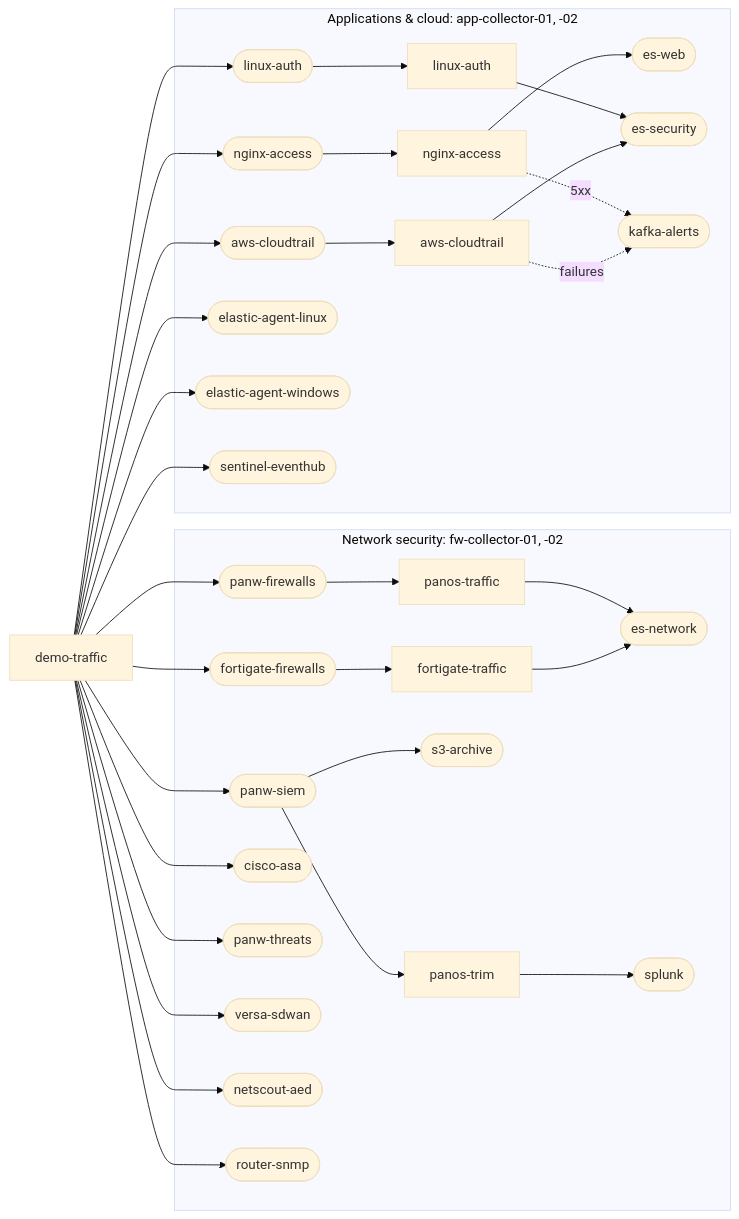
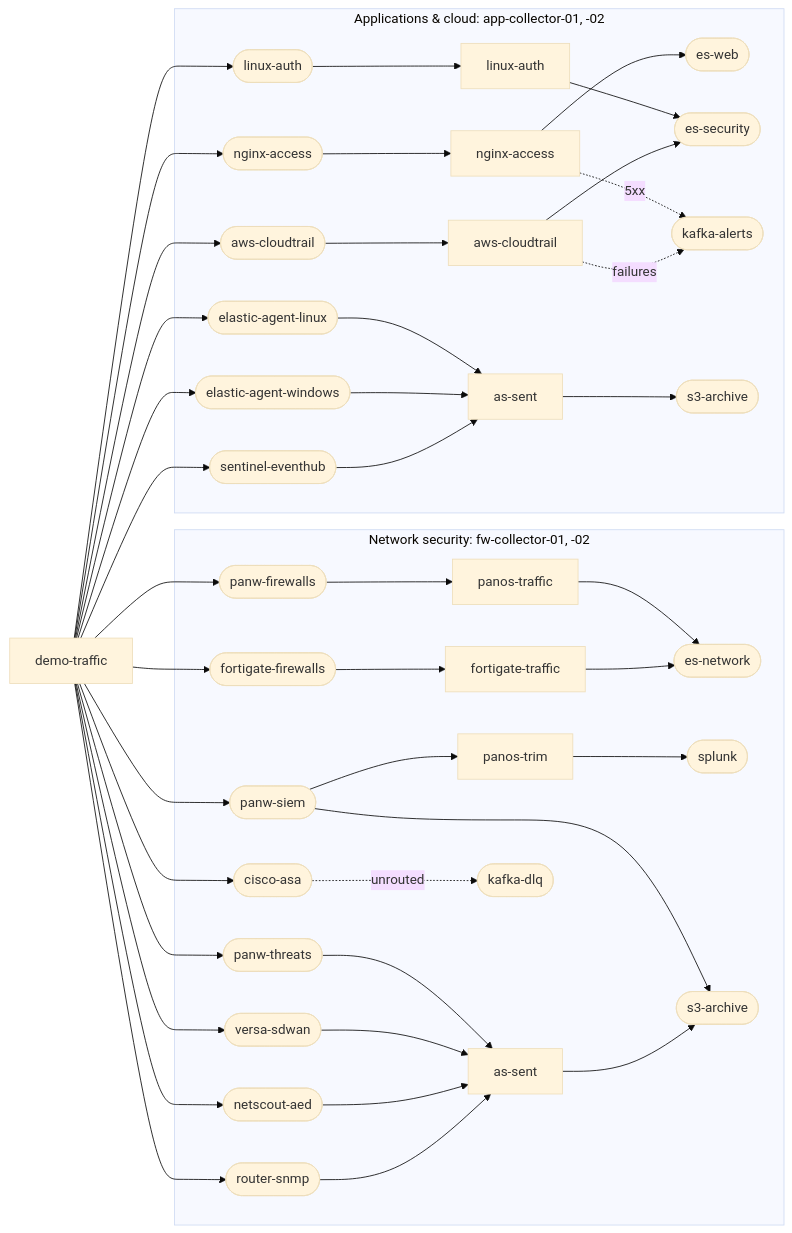
The diagram in tools/screenshots/README.md (smeltr-sh/smeltr), drawn with Mermaid (base theme) before and after one commit. The commit also changed other lines of this file and 190 other files, not shown here.

````diff
--- a/tools/screenshots/README.md
+++ b/tools/screenshots/README.md
@@ -18,21 +18,22 @@
 ```mermaid
 graph LR
   gen[demo-traffic] --> pa([panw-firewalls]) & ps([panw-siem]) & fg([fortigate-firewalls]) & ng([nginx-access]) & au([linux-auth]) & ct([aws-cloudtrail])
   gen --> asa([cisco-asa]) & pt([panw-threats]) & vs([versa-sdwan]) & aed([netscout-aed]) & snmp([router-snmp])
   gen --> eal([elastic-agent-linux]) & eaw([elastic-agent-windows]) & sen([sentinel-eventhub])
   subgraph network [Network security: fw-collector-01, -02]
     pa --> pp[panos-traffic] --> esn([es-network])
     ps --> pt2[panos-trim] --> spl([splunk])
     ps --> arc([s3-archive])
     fg --> fp[fortigate-traffic] --> esn
-    asa & pt & vs & aed & snmp
+    pt & vs & aed & snmp --> as1[as-sent] --> arc
+    asa -. unrouted .-> dlq([kafka-dlq])
   end
   subgraph apps [Applications & cloud: app-collector-01, -02]
     ng --> np[nginx-access] --> esw([es-web])
     au --> ap[linux-auth] --> ess([es-security])
     ct --> cp[aws-cloudtrail] --> ess
     np -. 5xx .-> ka([kafka-alerts])
     cp -. failures .-> ka
-    eal & eaw & sen
+    eal & eaw & sen --> as2[as-sent] --> arc2([s3-archive])
   end
 ```
````
